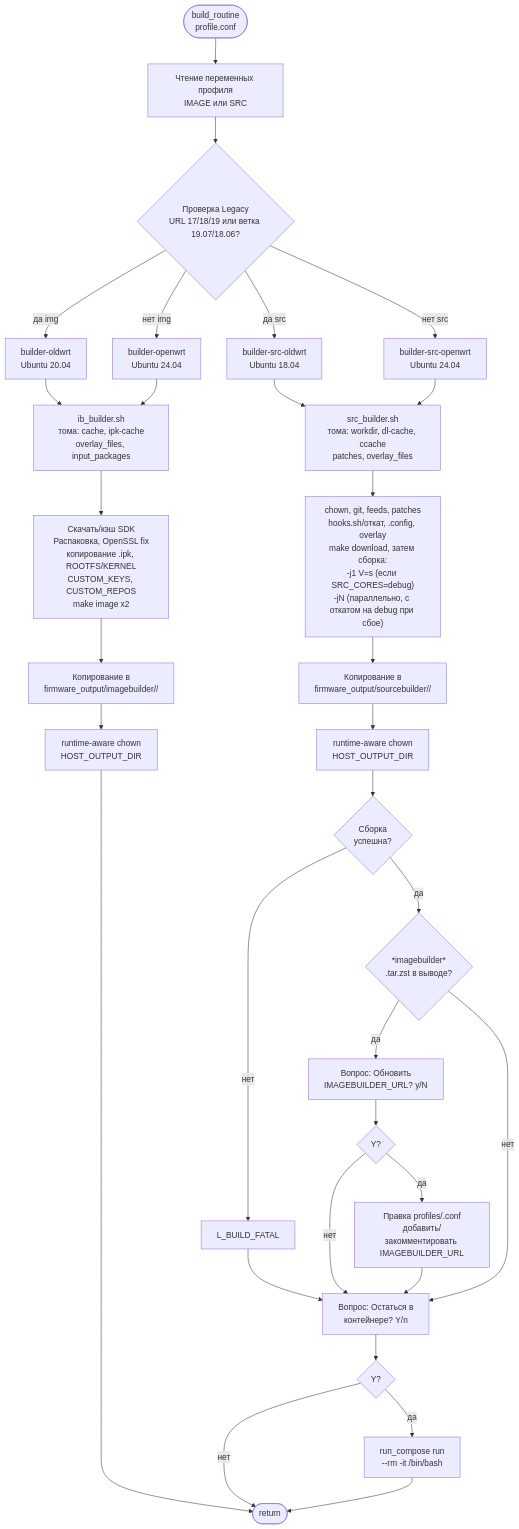
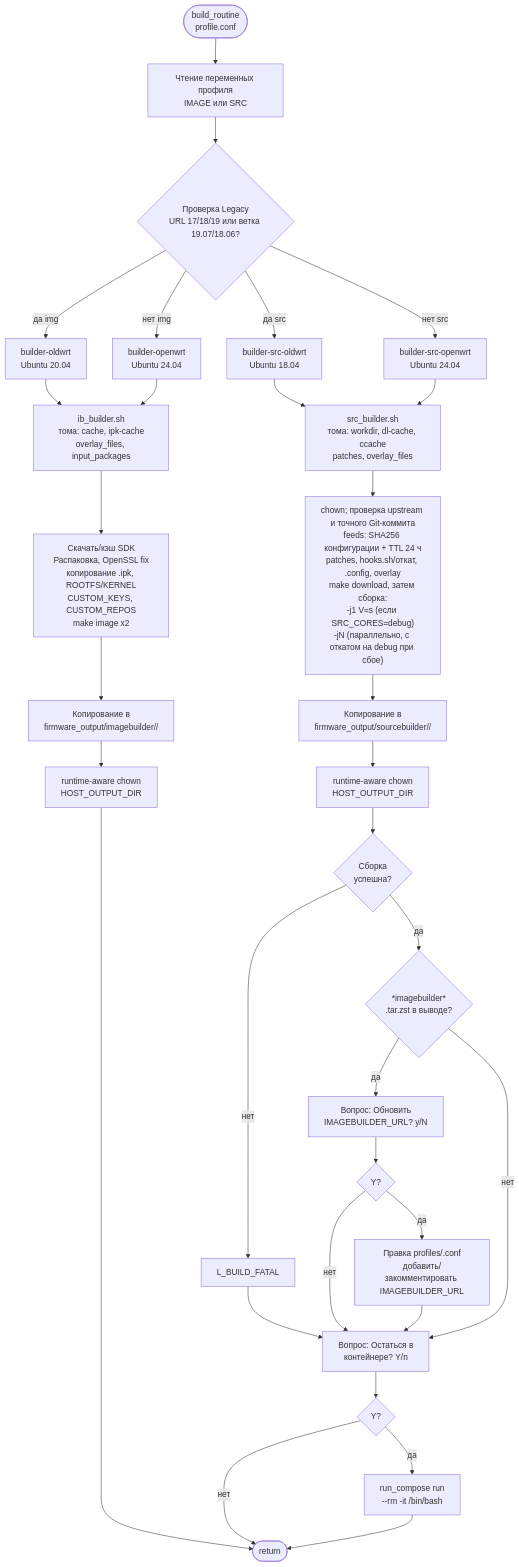
Before and after one commit to iqubik/routerFW: the sixth of 8 diagrams in docs/ARCHITECTURE_diagram_ru.md, drawn with Mermaid. The commit also changed other lines of this file and 14 other files, not shown here.

First line of the commit message:
fix(source): verify git upstream and refresh feeds safely

````diff
--- a/docs/ARCHITECTURE_diagram_ru.md
+++ b/docs/ARCHITECTURE_diagram_ru.md
@@ -222,35 +222,35 @@
 ```mermaid
 flowchart TD
     BR([build_routine\nprofile.conf])
     BR --> READ_PROFILE["Чтение переменных профиля\nIMAGE или SRC"]
     READ_PROFILE --> LEGACY{"Проверка Legacy\nURL 17/18/19 или ветка 19.07/18.06?"}
     LEGACY --> |да img| OLD_IMG["builder-oldwrt\nUbuntu 20.04"]
     LEGACY --> |нет img| NEW_IMG["builder-openwrt\nUbuntu 24.04"]
     LEGACY --> |да src| OLD_SRC["builder-src-oldwrt\nUbuntu 18.04"]
     LEGACY --> |нет src| NEW_SRC["builder-src-openwrt\nUbuntu 24.04"]
 
     OLD_IMG & NEW_IMG --> IB["ib_builder.sh\nтома: cache, ipk-cache\noverlay_files, input_packages"]
     IB --> IB_STEPS["Скачать/кэш SDK\nРаспаковка, OpenSSL fix\nкопирование .ipk, ROOTFS/KERNEL\nCUSTOM_KEYS, CUSTOM_REPOS\nmake image x2"]
     IB_STEPS --> IB_OUT["Копирование в\nfirmware_output/imagebuilder/<id>/<ts>"]
     IB_OUT --> IB_CHOWN["runtime-aware chown\nHOST_OUTPUT_DIR"]
     IB_CHOWN --> BR_END([return])
 
     OLD_SRC & NEW_SRC --> SB["src_builder.sh\nтома: workdir, dl-cache, ccache\npatches, overlay_files"]
-    SB --> SB_STEPS["chown, git, feeds, patches\nhooks.sh/откат, .config, overlay\nmake download, затем сборка:\n-j1 V=s (если SRC_CORES=debug)\n-jN (параллельно, с откатом на debug при сбое)"]
+    SB --> SB_STEPS["chown; проверка upstream и точного Git-коммита\nfeeds: SHA256 конфигурации + TTL 24 ч\npatches, hooks.sh/откат, .config, overlay\nmake download, затем сборка:\n-j1 V=s (если SRC_CORES=debug)\n-jN (параллельно, с откатом на debug при сбое)"]
     SB_STEPS --> SB_OUT["Копирование в\nfirmware_output/sourcebuilder/<id>/<ts>"]
     SB_OUT --> SB_CHOWN["runtime-aware chown\nHOST_OUTPUT_DIR"]
     SB_CHOWN --> SB_OK{"Сборка\nуспешна?"}
     SB_OK --> |нет| SB_FATAL["L_BUILD_FATAL"]
     SB_FATAL --> SB_SHELL_Q2
     SB_OK --> |да| IB_TAR{"*imagebuilder*\n.tar.zst в выводе?"}
     IB_TAR --> |да| SB_Q1["Вопрос: Обновить\nIMAGEBUILDER_URL? y/N"]
     SB_Q1 --> SB_UPDATE{"Y?"}
     SB_UPDATE --> |да| SB_WRITE["Правка profiles/<id>.conf\nдобавить/закомментировать IMAGEBUILDER_URL"]
     SB_UPDATE --> |нет| SB_SHELL_Q2
     SB_WRITE --> SB_SHELL_Q2["Вопрос: Остаться в\nконтейнере? Y/n"]
     IB_TAR --> |нет| SB_SHELL_Q2
     SB_SHELL_Q2 --> SB_STAY{"Y?"}
     SB_STAY --> |да| SB_RUN["run_compose run\n--rm -it /bin/bash"]
     SB_STAY --> |нет| BR_END
     SB_RUN --> BR_END
 ```
````
